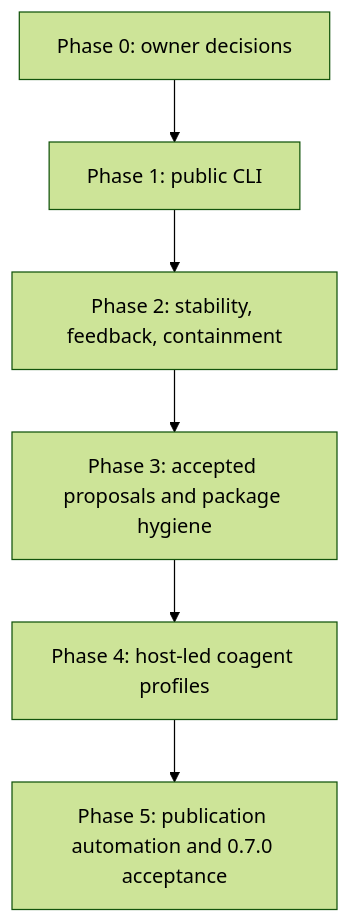
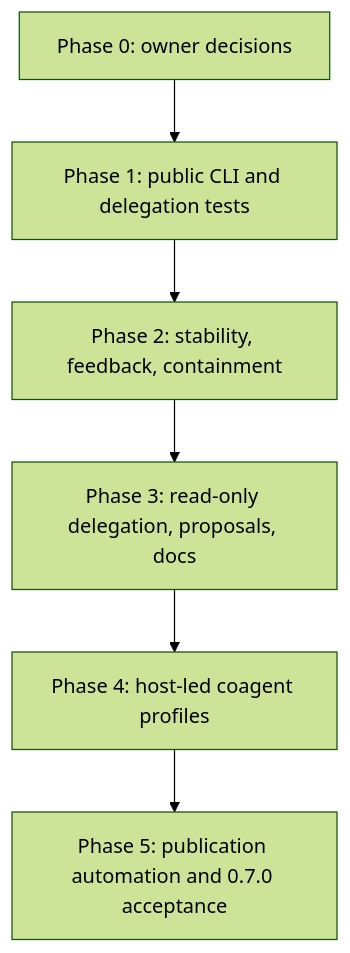
Before and after one commit to oktawianwybieralski/coagent8: the diagram in docs/ROADMAP.md, drawn with Mermaid (forest theme). The commit also changed other lines of this file, not shown here.

First line of the commit message:
docs(roadmap): make asynchronous delegation a headline of 0.7.0

````diff
--- a/docs/ROADMAP.md
+++ b/docs/ROADMAP.md
@@ -84,8 +84,8 @@
 ```mermaid
 flowchart TD
-  P0["Phase 0: owner decisions"] --> P1["Phase 1: public CLI"]
+  P0["Phase 0: owner decisions"] --> P1["Phase 1: public CLI and delegation tests"]
   P1 --> P2["Phase 2: stability, feedback, containment"]
-  P2 --> P3["Phase 3: accepted proposals and package hygiene"]
+  P2 --> P3["Phase 3: read-only delegation, proposals, docs"]
   P3 --> P4["Phase 4: host-led coagent profiles"]
   P4 --> P5["Phase 5: publication automation and 0.7.0 acceptance"]
 ```
````
